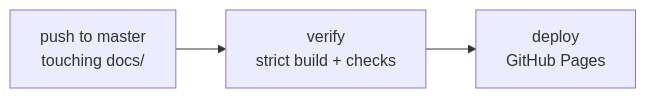
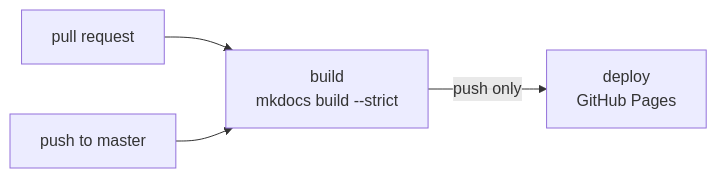
The diagram in docs/reference/tooling.md (HarshitRuwali/homelab-infra), drawn with Mermaid before and after one commit. The commit also changed other lines of this file and 8 other files, not shown here.

````diff
--- a/docs/reference/tooling.md
+++ b/docs/reference/tooling.md
@@ -68,5 +45,6 @@
 ```mermaid
 flowchart LR
-    P["push to master<br/>touching docs/"] --> V["verify<br/>strict build + checks"]
-    V --> D["deploy<br/>GitHub Pages"]
+    PR["pull request"] --> B["build<br/>mkdocs build --strict"]
+    P["push to master"] --> B
+    B -->|"push only"| D["deploy<br/>GitHub Pages"]
 ```
````
